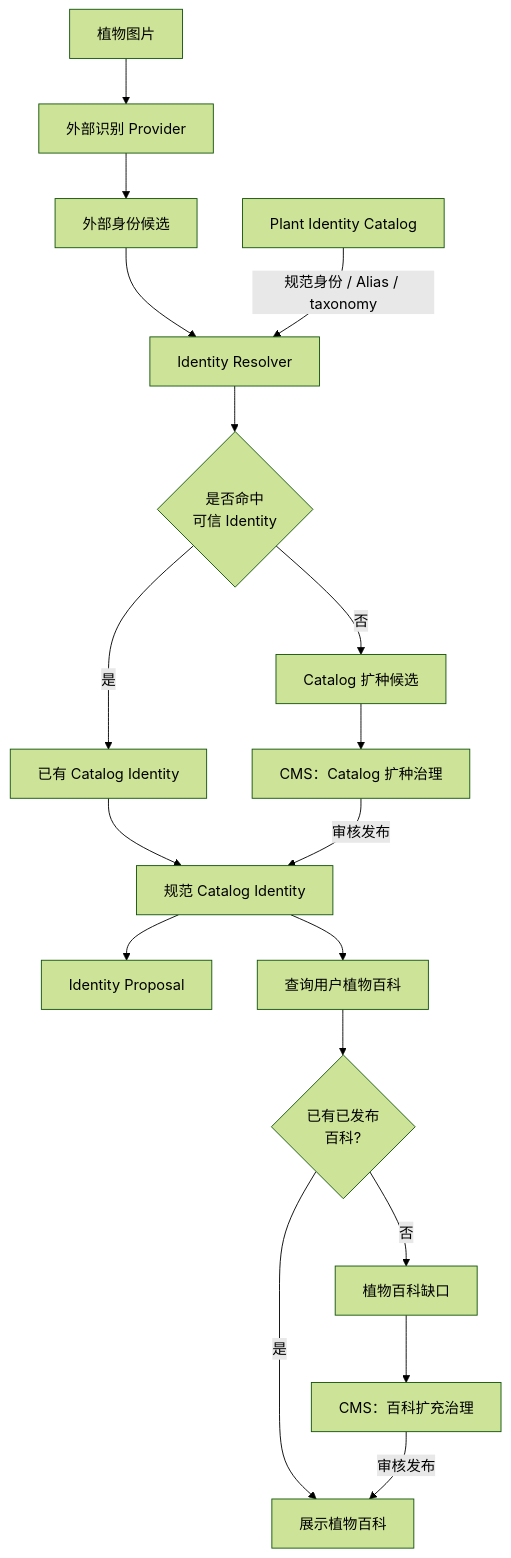
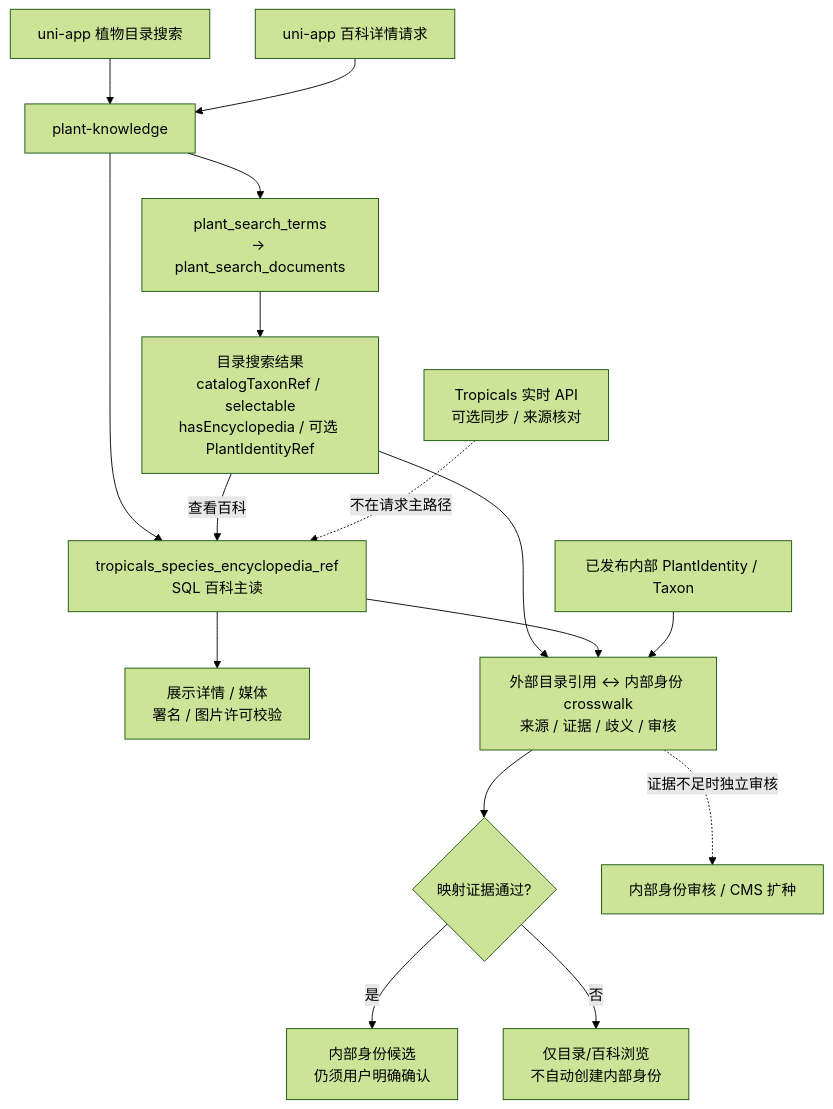
One commit to dang0705/planting changed the tenth of 25 diagrams in docs/backend-v2/architecture/business-domain-layers.md. Above: the diagram before and after it, drawn with Mermaid (forest theme). The commit also changed other lines of this file and 1047 other files, not shown here.

````diff
--- a/docs/backend-v2/architecture/business-domain-layers.md
+++ b/docs/backend-v2/architecture/business-domain-layers.md
@@ -377,37 +385,22 @@
 ```mermaid
 flowchart TB
-  image["植物图片"]
-  provider["外部识别 Provider"]
-  cand["外部身份候选"]
-  resolver["Identity Resolver"]
-  catalog["Plant Identity Catalog"]
-  match{"是否命中<br/>可信 Identity"}
-  existing["已有 Catalog Identity"]
-  expand["Catalog 扩种候选"]
-  cmsExpand["CMS：Catalog 扩种治理"]
-  identity["规范 Catalog Identity"]
-  proposal["Identity Proposal"]
-  encyLookup["查询用户植物百科"]
-  encyGate{"已有已发布<br/>百科?"}
-  encyDisplay["展示植物百科"]
-  encyGap["植物百科缺口"]
-  cmsEncy["CMS：百科扩充治理"]
+  search["uni-app 植物目录搜索"] --> PK["plant-knowledge"]
+  detailReq["uni-app 百科详情请求"] --> PK
 
-  image --> provider
-  provider --> cand
-  cand --> resolver
-  catalog -->|规范身份 / Alias / taxonomy| resolver
-  resolver --> match
-  match -->|是| existing
-  match -->|否| expand
-  existing --> identity
-  expand --> cmsExpand
-  cmsExpand -->|审核发布| identity
-  identity --> proposal
-  identity --> encyLookup
-  encyLookup --> encyGate
-  encyGate -->|是| encyDisplay
-  encyGate -->|否| encyGap
-  encyGap --> cmsEncy
-  cmsEncy -->|审核发布| encyDisplay
+  PK --> SearchIndex["plant_search_terms<br/>→ plant_search_documents"]
+  SearchIndex --> SearchResult["目录搜索结果<br/>catalogTaxonRef / selectable<br/>hasEncyclopedia / 可选 PlantIdentityRef"]
+
+  PK --> Encyclopedia["tropicals_species_encyclopedia_ref<br/>SQL 百科主读"]
+  SearchResult -->|查看百科| Encyclopedia
+  Encyclopedia --> Detail["展示详情 / 媒体<br/>署名 / 图片许可校验"]
+
+  SearchResult --> Resolver["外部目录引用 ↔ 内部身份 crosswalk<br/>来源 / 证据 / 歧义 / 审核"]
+  Encyclopedia --> Resolver
+  Catalog["已发布内部 PlantIdentity / Taxon"] --> Resolver
+  Resolver --> Mapped{"映射证据通过?"}
+  Mapped -->|是| Candidate["内部身份候选<br/>仍须用户明确确认"]
+  Mapped -->|否| Browse["仅目录/百科浏览<br/>不自动创建内部身份"]
+
+  TropicalsAPI["Tropicals 实时 API<br/>可选同步 / 来源核对"] -. "不在请求主路径" .-> Encyclopedia
+  Resolver -. "证据不足时独立审核" .-> CMS["内部身份审核 / CMS 扩种"]
 ```
````
